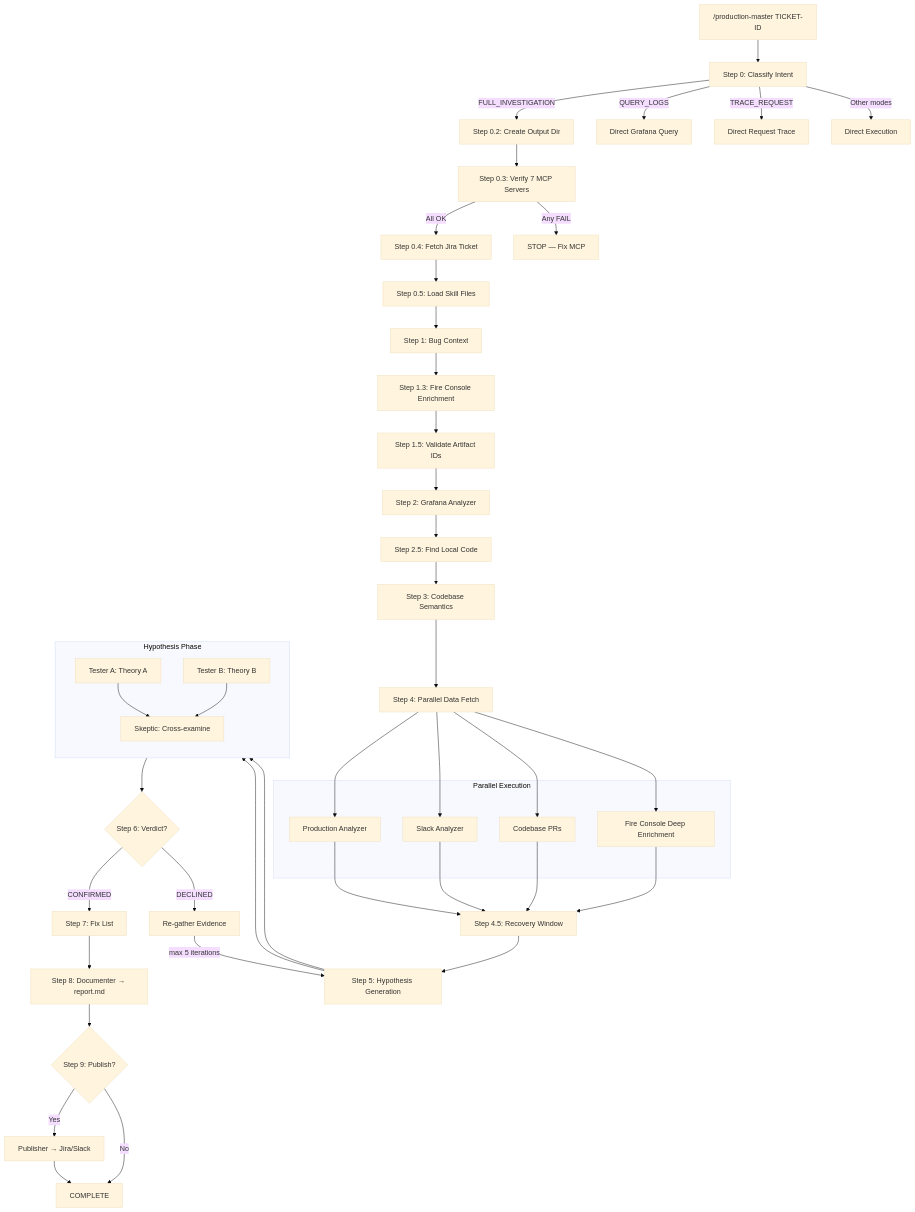
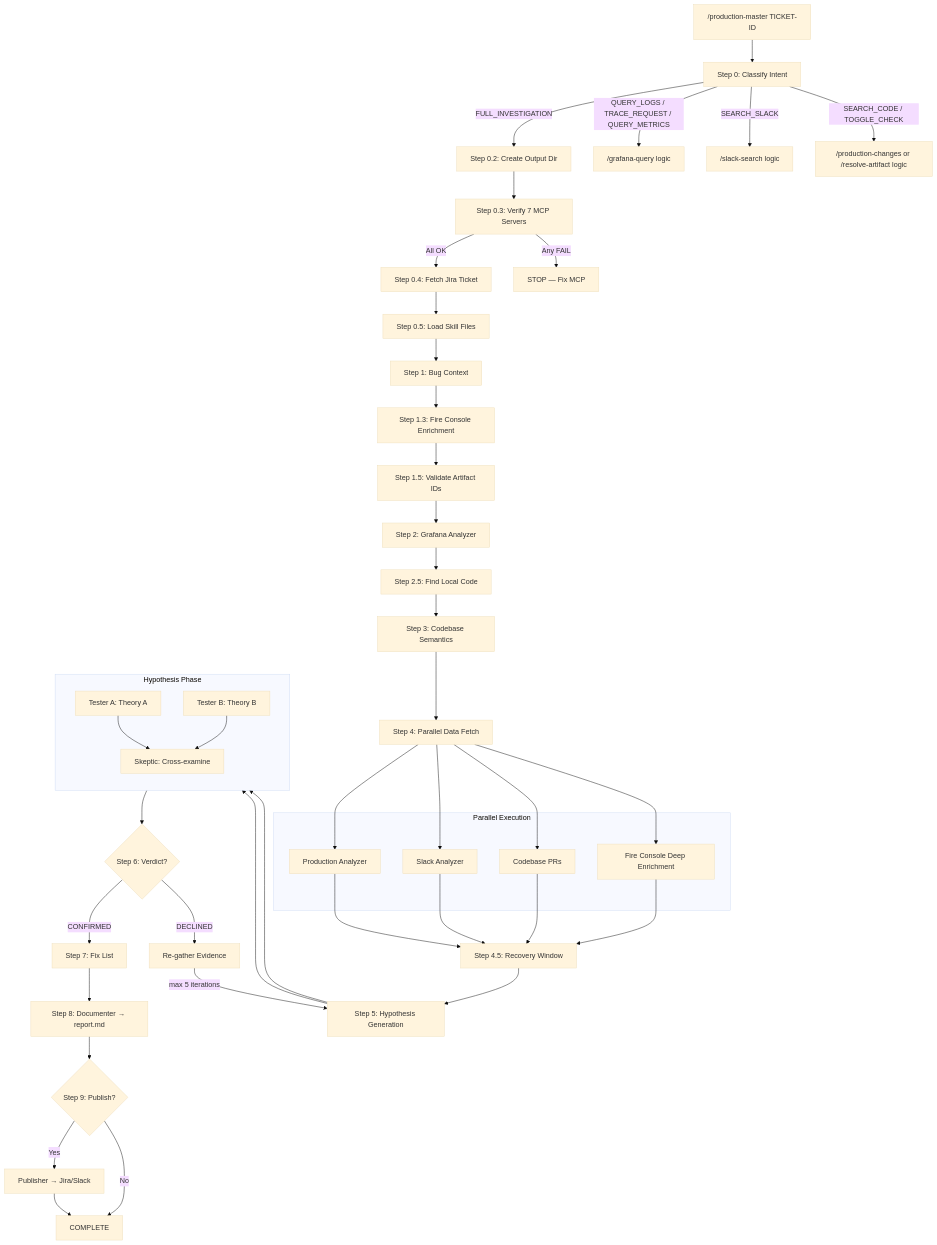
Before and after one commit to TamirCohen-Wix/production-master: the first of 2 diagrams in docs/architecture.md, drawn with Mermaid (base theme). The commit also changed other lines of this file and 15 other files, not shown here.

````diff
--- a/docs/architecture.md
+++ b/docs/architecture.md
@@ -39,53 +44,53 @@
 ```mermaid
 flowchart TD
     START["/production-master TICKET-ID"] --> CLASSIFY["Step 0: Classify Intent"]
     CLASSIFY --> |FULL_INVESTIGATION| INIT["Step 0.2: Create Output Dir"]
-    CLASSIFY --> |QUERY_LOGS| DIRECT_GRAFANA["Direct Grafana Query"]
-    CLASSIFY --> |TRACE_REQUEST| DIRECT_TRACE["Direct Request Trace"]
-    CLASSIFY --> |Other modes| DIRECT_OTHER["Direct Execution"]
+    CLASSIFY --> |QUERY_LOGS / TRACE_REQUEST / QUERY_METRICS| SUB_GRAFANA["/grafana-query logic"]
+    CLASSIFY --> |SEARCH_SLACK| SUB_SLACK["/slack-search logic"]
+    CLASSIFY --> |SEARCH_CODE / TOGGLE_CHECK| SUB_OTHER["/production-changes or /resolve-artifact logic"]
 
     INIT --> MCP_CHECK["Step 0.3: Verify 7 MCP Servers"]
     MCP_CHECK --> |All OK| JIRA["Step 0.4: Fetch Jira Ticket"]
     MCP_CHECK --> |Any FAIL| STOP["STOP — Fix MCP"]
 
     JIRA --> SKILLS["Step 0.5: Load Skill Files"]
     SKILLS --> BUG_CTX["Step 1: Bug Context"]
     BUG_CTX --> ENRICH["Step 1.3: Fire Console Enrichment"]
     ENRICH --> VALIDATE["Step 1.5: Validate Artifact IDs"]
     VALIDATE --> GRAFANA["Step 2: Grafana Analyzer"]
     GRAFANA --> LOCAL["Step 2.5: Find Local Code"]
     LOCAL --> CODEBASE["Step 3: Codebase Semantics"]
 
     CODEBASE --> PARALLEL["Step 4: Parallel Data Fetch"]
 
     subgraph PARALLEL_BOX ["Parallel Execution"]
         PROD["Production Analyzer"]
         SLACK["Slack Analyzer"]
         CODE_PRS["Codebase PRs"]
         FC["Fire Console Deep Enrichment"]
     end
     PARALLEL --> PROD & SLACK & CODE_PRS & FC
 
     PROD & SLACK & CODE_PRS & FC --> RECOVERY["Step 4.5: Recovery Window"]
     RECOVERY --> HYPOTHESIS["Step 5: Hypothesis Generation"]
 
     subgraph HYPO_BOX ["Hypothesis Phase"]
         direction TB
         HYPO_A["Tester A: Theory A"]
         HYPO_B["Tester B: Theory B"]
         SKEPTIC_V["Skeptic: Cross-examine"]
         HYPO_A & HYPO_B --> SKEPTIC_V
     end
     HYPOTHESIS --> HYPO_A & HYPO_B
 
     SKEPTIC_V --> DECISION{"Step 6: Verdict?"}
     DECISION --> |CONFIRMED| FIX["Step 7: Fix List"]
     DECISION --> |DECLINED| REGATHER["Re-gather Evidence"]
     REGATHER --> |"max 5 iterations"| HYPOTHESIS
 
     FIX --> DOC["Step 8: Documenter → report.md"]
     DOC --> PUB{"Step 9: Publish?"}
     PUB --> |Yes| PUBLISHER["Publisher → Jira/Slack"]
     PUB --> |No| DONE["COMPLETE"]
     PUBLISHER --> DONE
 ```
````
